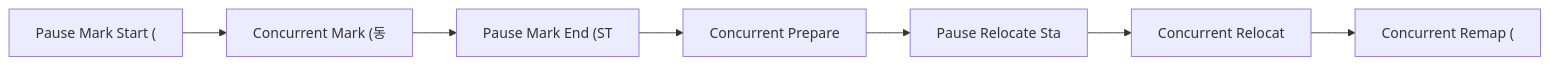
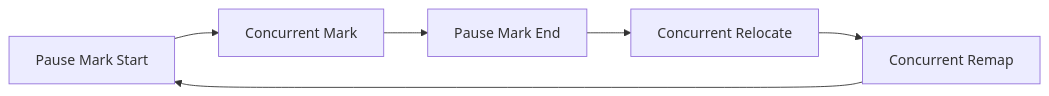
One commit to yjkim2015/yjkim2015.github.io changed the sixth of 9 diagrams in _posts/java/2026-05-01-java-garbage-collector.md. Above: the diagram before and after it, drawn with Mermaid. The commit also changed other lines of this file and 4 other files, not shown here.

````diff
--- a/_posts/java/2026-05-01-java-garbage-collector.md
+++ b/_posts/java/2026-05-01-java-garbage-collector.md
@@ -339,11 +678,8 @@
 ```mermaid
 graph LR
-    PMS["Pause Mark Start ("]
-    CM["Concurrent Mark (동"]
-    PME["Pause Mark End (ST"]
-    CPR["Concurrent Prepare"]
-    PRS["Pause Relocate Sta"]
-    CR["Concurrent Relocat"]
-    CRM["Concurrent Remap ("]
-    PMS --> CM --> PME --> CPR --> PRS --> CR --> CRM
+    PMS["Pause Mark Start"] --> CM["Concurrent Mark"]
+    CM --> PME["Pause Mark End"]
+    PME --> CPR["Concurrent Relocate"]
+    CPR --> CRM["Concurrent Remap"]
+    CRM --> PMS
 ```
````
